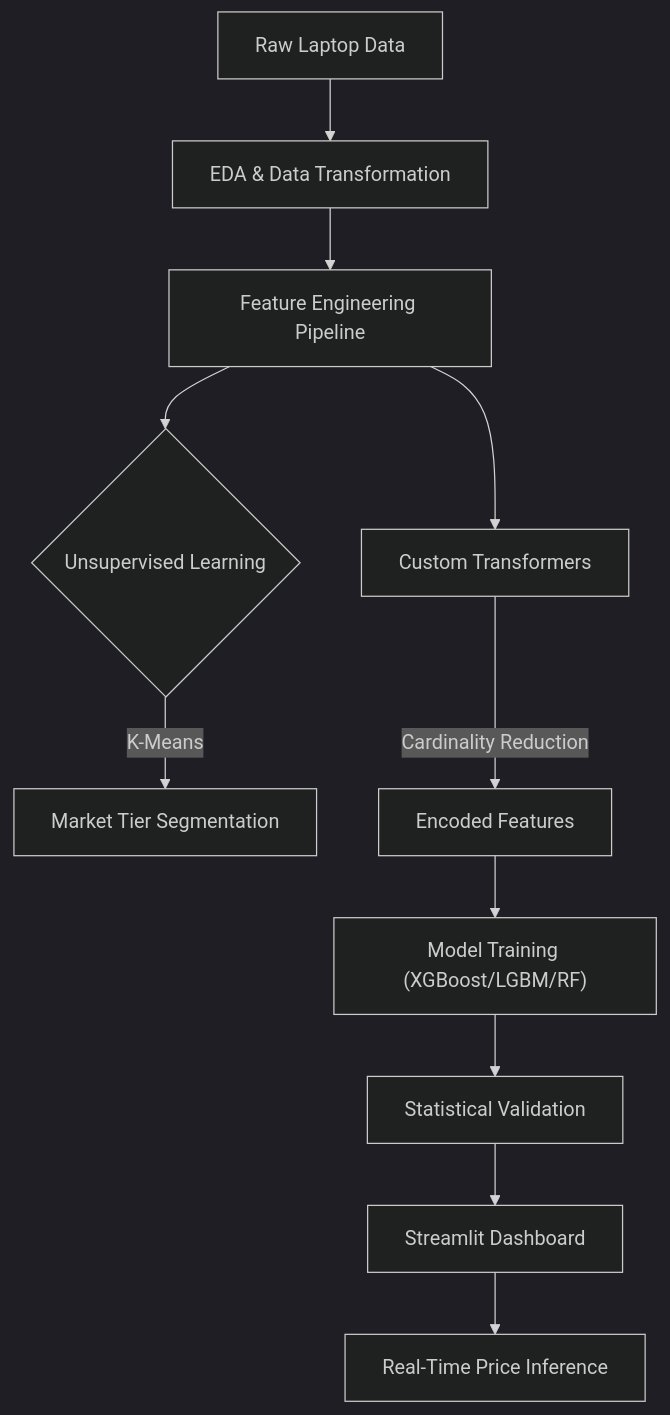
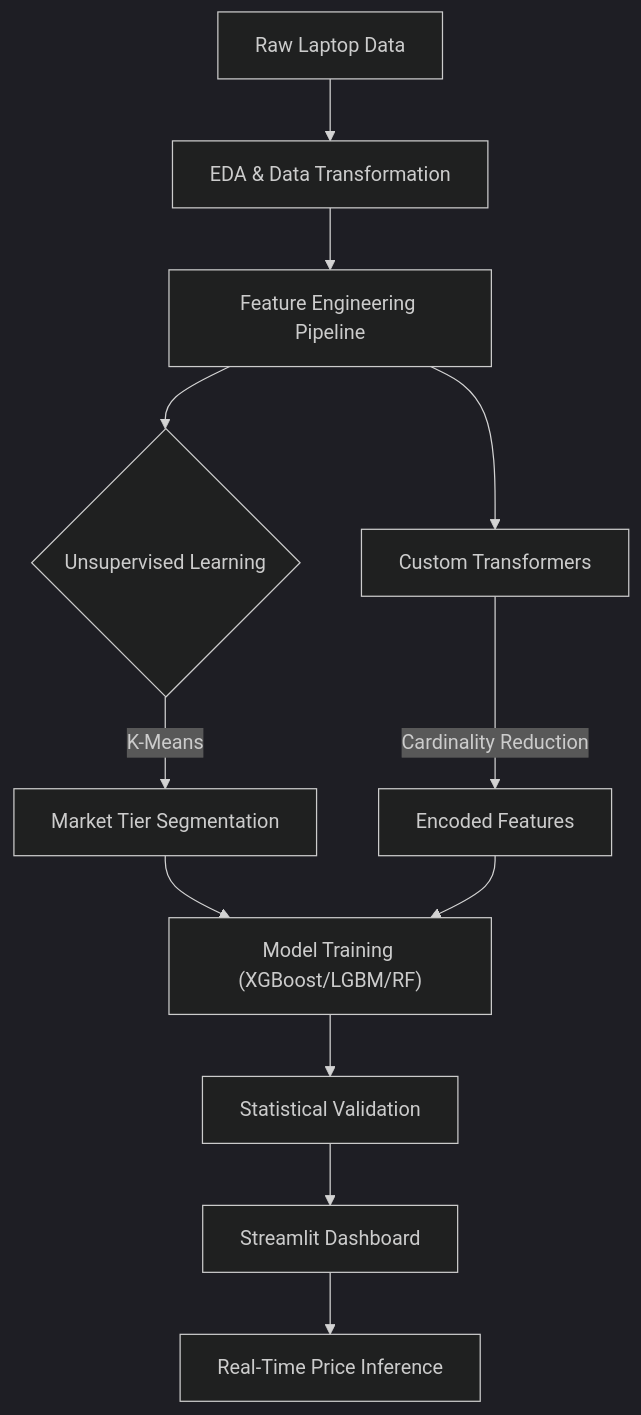
The diagram in README.md (NitoBoritto/ML_Laptop_Price_Predictor), drawn with Mermaid (dark theme) before and after one commit. The commit also changed other lines of this file, not shown here.

````diff
--- a/README.md
+++ b/README.md
@@ -35,14 +35,14 @@
 ```mermaid
 flowchart TD
     A["Raw Laptop Data"] --> B["EDA & Data Transformation"]
     B --> C["Feature Engineering Pipeline"]
     C --> D{"Unsupervised Learning"}
     D -->|K-Means| E["Market Tier Segmentation"]
     C --> F["Custom Transformers"]
     F -->|Cardinality Reduction| G["Encoded Features"]
-    G --> H["Model Training (XGBoost/LGBM/RF)"]
+    E & G --> H["Model Training (XGBoost/LGBM/RF)"]
     H --> I["Statistical Validation"]
     I --> J["Streamlit Dashboard"]
     J --> K["Real-Time Price Inference"]
 
 ```
````
